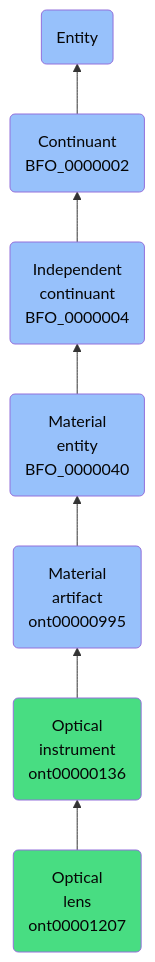
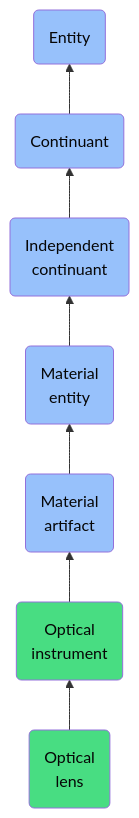
The diagram in docs/ontology/reference/model/Entity/Continuant/Independent continuant/Material entity/Material artifact/Optical instrument/Optical lens/Optical lens.md (jupyter-naas/abi), drawn with Mermaid before and after one commit. The commit also changed other lines of this file and 1430 other files, not shown here.

````diff
--- a/docs/ontology/reference/model/Entity/Continuant/Independent continuant/Material entity/Material artifact/Optical instrument/Optical lens/Optical lens.md
+++ b/docs/ontology/reference/model/Entity/Continuant/Independent continuant/Material entity/Material artifact/Optical instrument/Optical lens/Optical lens.md
@@ -24,14 +24,14 @@
 ```mermaid
 graph BT
-    ont00001207(Optical<br>lens<br>ont00001207):::ABI-->ont00000136
-    ont00000136(Optical<br>instrument<br>ont00000136):::ABI-->ont00000995
-    ont00000995(Material<br>artifact<br>ont00000995):::BFO-->BFO_0000040
-    BFO_0000040(Material<br>entity<br>BFO_0000040):::BFO-->BFO_0000004
-    BFO_0000004(Independent<br>continuant<br>BFO_0000004):::BFO-->BFO_0000002
-    BFO_0000002(Continuant<br>BFO_0000002):::BFO-->BFO_0000001
+    ont00001207(Optical<br>lens):::ABI-->ont00000136
+    ont00000136(Optical<br>instrument):::ABI-->ont00000995
+    ont00000995(Material<br>artifact):::BFO-->BFO_0000040
+    BFO_0000040(Material<br>entity):::BFO-->BFO_0000004
+    BFO_0000004(Independent<br>continuant):::BFO-->BFO_0000002
+    BFO_0000002(Continuant):::BFO-->BFO_0000001
     BFO_0000001(Entity):::BFO
     
     classDef BFO fill:#97c1fb,color:#060606
     classDef CCO fill:#e4c51e,color:#060606
     classDef ABI fill:#48DD82,color:#060606
 ```
````
